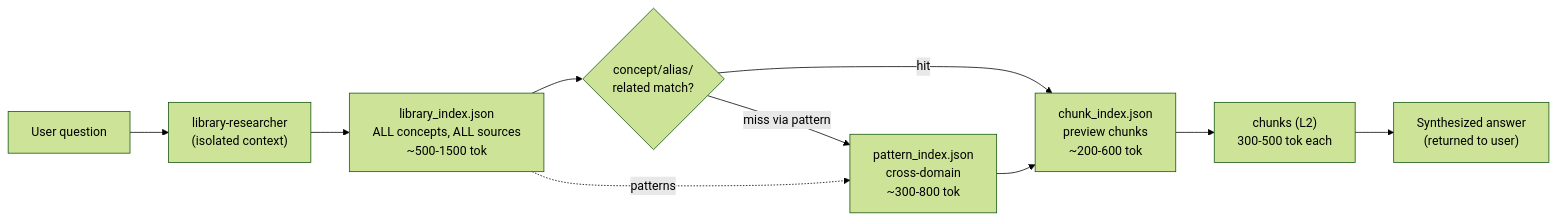
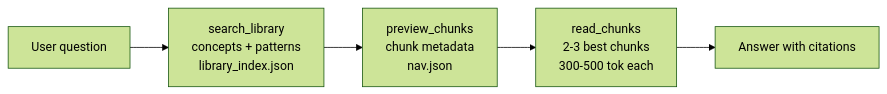
Before and after one commit to barkain/agentlib: the diagram in README.md, drawn with Mermaid (forest theme). The commit also changed other lines of this file, not shown here.

Commit message:
docs: update README for v1.8.0 navigation architecture

````diff
--- a/README.md
+++ b/README.md
@@ -30,15 +30,7 @@
 ```mermaid
 graph LR
-    Q["User question"] --> R["library-researcher<br/>(isolated context)"]
-    R --> LI["library_index.json<br/>ALL concepts, ALL sources<br/>~500-1500 tok"]
-
-    LI --> M{"concept/alias/<br/>related match?"}
-    M -- hit --> CI["chunk_index.json<br/>preview chunks<br/>~200-600 tok"]
-    M -- miss via pattern --> PI["pattern_index.json<br/>cross-domain<br/>~300-800 tok"]
-    PI --> CI
-
-    CI --> CH["chunks (L2)<br/>300-500 tok each"]
-    CH --> A["Synthesized answer<br/>(returned to user)"]
-
-    LI -.->|"patterns"| PI
+    Q["User question"] --> SL["search_library<br/>concepts + patterns<br/>library_index.json"]
+    SL --> PC["preview_chunks<br/>chunk metadata<br/>nav.json"]
+    PC --> RC["read_chunks<br/>2-3 best chunks<br/>300-500 tok each"]
+    RC --> A["Answer with citations"]
 ```
````
